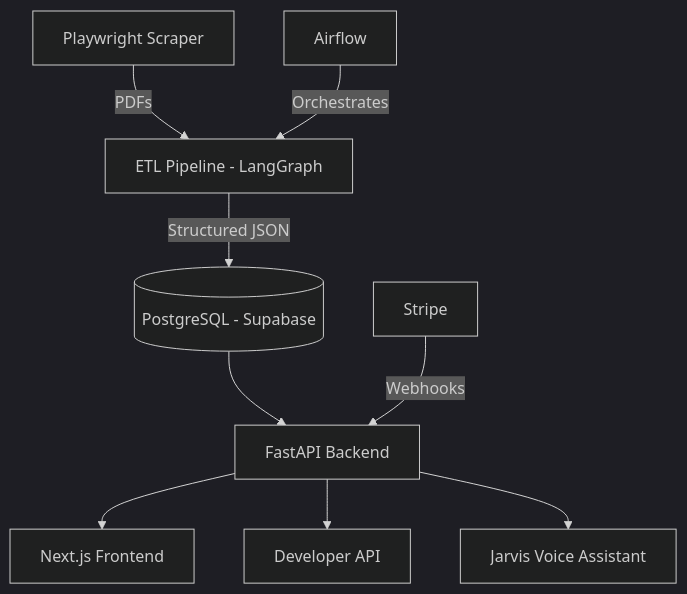
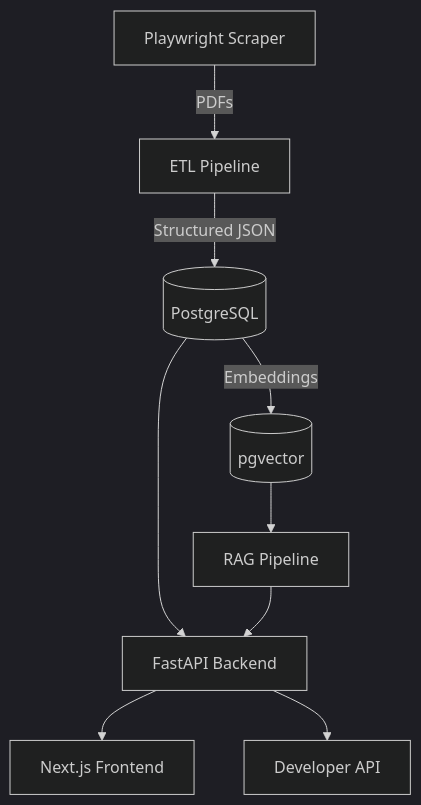
One commit to ONGKOKRHUI/financial-insights changed the first of 3 diagrams in docs/architecture/system-architecture.md. Above: the diagram before and after it, drawn with Mermaid (dark theme). The commit also changed 1 other file, not shown here.

Commit message:
docs: enhance index and system architecture documentation
- Added RAG Pipeline section to index.md, indicating planned features.
- Updated system-architecture.md to reflect changes in the ETL pipeline and added pgvector for embeddings, clarifying the flow of data through the system.

````diff
--- a/docs/architecture/system-architecture.md
+++ b/docs/architecture/system-architecture.md
@@ -12,11 +12,11 @@
 ```mermaid
 graph TD
-    A[Playwright Scraper] -->|PDFs| B[ETL Pipeline - LangGraph]
-    B -->|Structured JSON| C[(PostgreSQL - Supabase)]
+    A[Playwright Scraper] -->|PDFs| B[ETL Pipeline]
+    B -->|Structured JSON| C[(PostgreSQL)]
     C --> D[FastAPI Backend]
     D --> E[Next.js Frontend]
     D --> F[Developer API]
-    D --> G[Jarvis Voice Assistant]
-    H[Stripe] -->|Webhooks| D
-    I[Airflow] -->|Orchestrates| B
+    C -->|Embeddings| G[(pgvector)]
+    G --> H[RAG Pipeline]
+    H --> D
 ```
````
